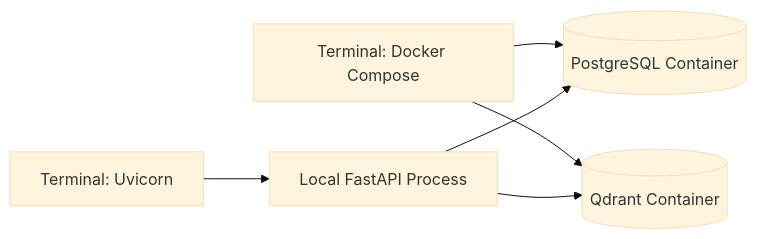
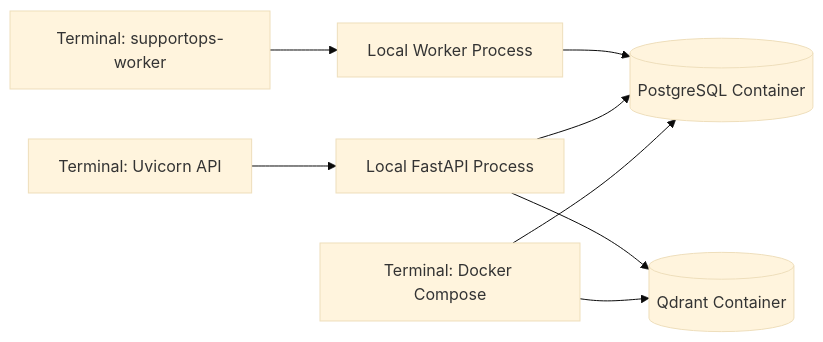
Before and after one commit to philgodoy96/supportops-ai-platform: the fifth of 8 diagrams in docs/architecture/runtime-topology.md, drawn with Mermaid (base theme). The commit also changed other lines of this file and 6 other files, not shown here.

Commit message:
docs: document PostgreSQL worker operations

````diff
--- a/docs/architecture/runtime-topology.md
+++ b/docs/architecture/runtime-topology.md
@@ -253,14 +459,18 @@
 ```mermaid
 flowchart LR
     TerminalA[Terminal: Docker Compose]
-    TerminalB[Terminal: Uvicorn]
+    TerminalB[Terminal: Uvicorn API]
+    TerminalC[Terminal: supportops-worker]
     PostgreSQL[(PostgreSQL Container)]
     Qdrant[(Qdrant Container)]
     API[Local FastAPI Process]
+    Worker[Local Worker Process]
 
     TerminalA --> PostgreSQL
     TerminalA --> Qdrant
     TerminalB --> API
+    TerminalC --> Worker
     API --> PostgreSQL
+    Worker --> PostgreSQL
     API --> Qdrant
 ```
````
